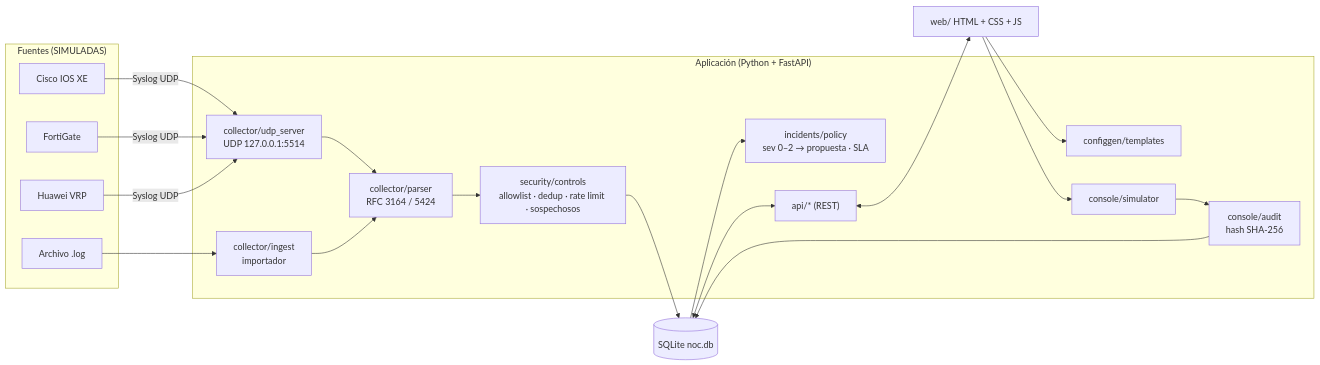
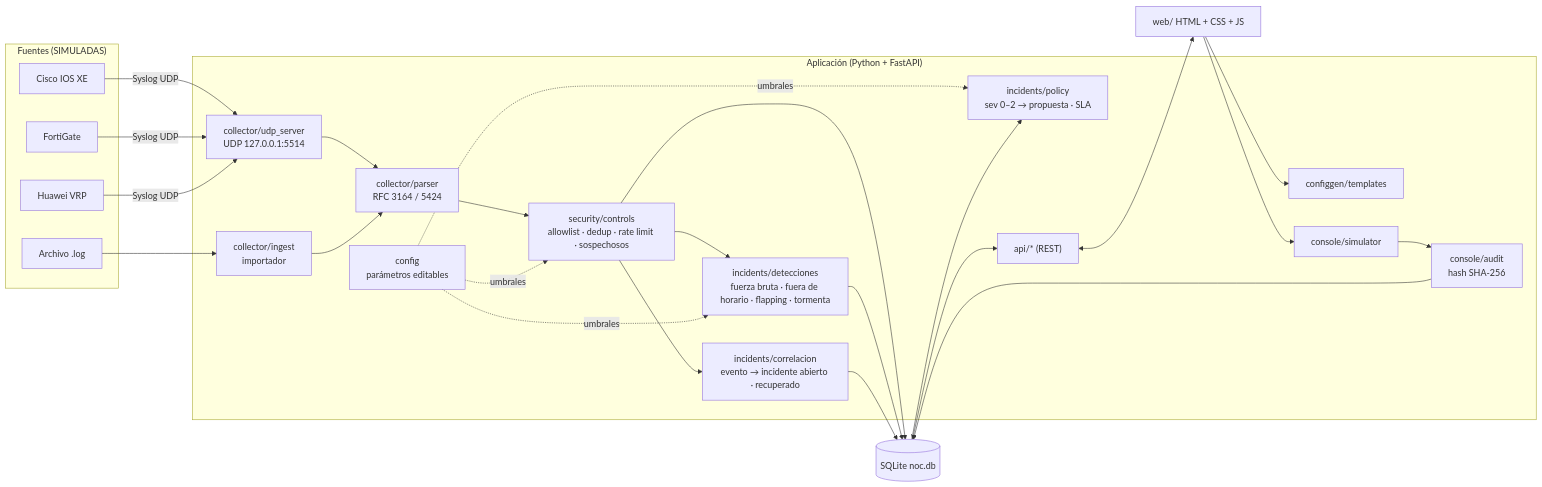
Before and after one commit to Shantypp/noc-syslog-inteligente: the first of 3 diagrams in docs/arquitectura.md, drawn with Mermaid. The commit also changed 9 other files, not shown here.

````diff
--- a/docs/arquitectura.md
+++ b/docs/arquitectura.md
@@ -5,30 +5,35 @@
 ```mermaid
 flowchart LR
     subgraph Fuentes["Fuentes (SIMULADAS)"]
         C[Cisco IOS XE]
         F[FortiGate]
         H[Huawei VRP]
         A[Archivo .log]
     end
     subgraph App["Aplicación (Python + FastAPI)"]
         R["collector/udp_server<br/>UDP 127.0.0.1:5514"]
         I["collector/ingest<br/>importador"]
         P["collector/parser<br/>RFC 3164 / 5424"]
         V["security/controls<br/>allowlist · dedup · rate limit · sospechosos"]
         POL["incidents/policy<br/>sev 0–2 → propuesta · SLA"]
+        DET["incidents/detecciones<br/>fuerza bruta · fuera de horario · flapping · tormenta"]
+        COR["incidents/correlacion<br/>evento → incidente abierto · recuperado"]
+        CFG["config<br/>parámetros editables"]
         API["api/* (REST)"]
         GEN["configgen/templates"]
         CON["console/simulator"]
         AUD["console/audit<br/>hash SHA-256"]
     end
     DB[(SQLite noc.db)]
     UI["web/ HTML + CSS + JS"]
 
     C & F & H -->|Syslog UDP| R
     A --> I
     R & I --> P --> V --> DB
+    V --> DET & COR --> DB
+    CFG -.umbrales.-> V & POL & DET
     DB --> POL
     DB <--> API <--> UI
     UI --> GEN
     UI --> CON --> AUD --> DB
 ```
````
